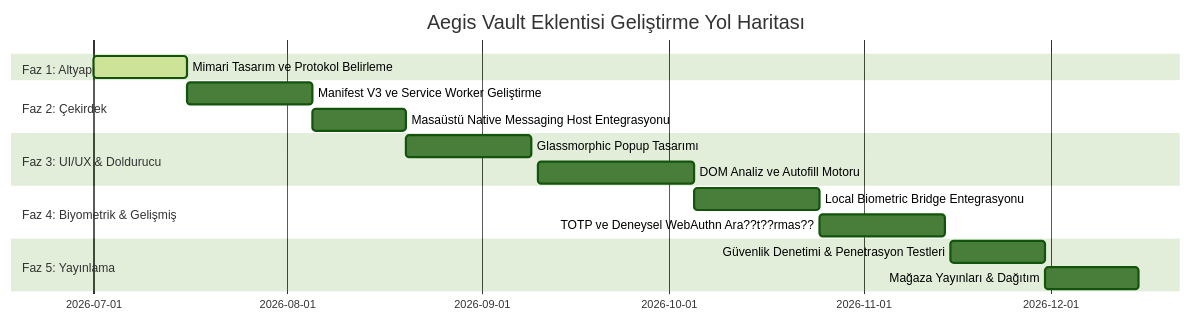
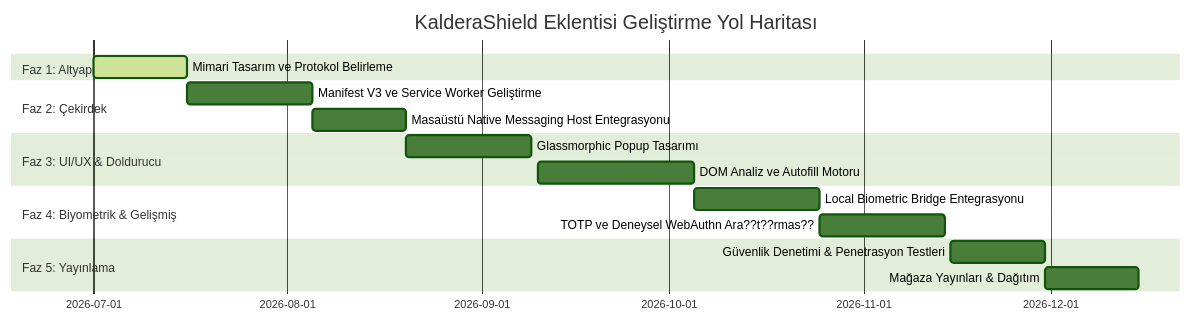
Before and after one commit to hafgit99/aegis-vault-v7: the second of 2 diagrams in docs/eklenti_yol_haritasi.md, drawn with Mermaid (forest theme). The commit also changed other lines of this file and 424 other files, not shown here.

First line of the commit message:
Land the KalderaShield rebrand on main (#110)

````diff
--- a/docs/eklenti_yol_haritasi.md
+++ b/docs/eklenti_yol_haritasi.md
@@ -99,19 +99,19 @@
 ```mermaid
 gantt
-    title Aegis Vault Eklentisi Geliştirme Yol Haritası
+    title KalderaShield Eklentisi Geliştirme Yol Haritası
     dateFormat  YYYY-MM-DD
     section Faz 1: Altyapı
     Mimari Tasarım ve Protokol Belirleme :active, des1, 2026-07-01, 15d
     section Faz 2: Çekirdek
     Manifest V3 ve Service Worker Geliştirme : des2, 2026-07-16, 20d
     Masaüstü Native Messaging Host Entegrasyonu : des3, 2026-08-05, 15d
     section Faz 3: UI/UX & Doldurucu
     Glassmorphic Popup Tasarımı : des4, 2026-08-20, 20d
     DOM Analiz ve Autofill Motoru : des5, 2026-09-10, 25d
     section Faz 4: Biyometrik & Gelişmiş
     Local Biometric Bridge Entegrasyonu : des6, 2026-10-05, 20d
     TOTP ve Deneysel WebAuthn Ara??t??rmas?? : des7, 2026-10-25, 20d
     section Faz 5: Yayınlama
     Güvenlik Denetimi & Penetrasyon Testleri : des8, 2026-11-15, 15d
     Mağaza Yayınları & Dağıtım : des9, 2026-11-30, 15d
 ```
````
